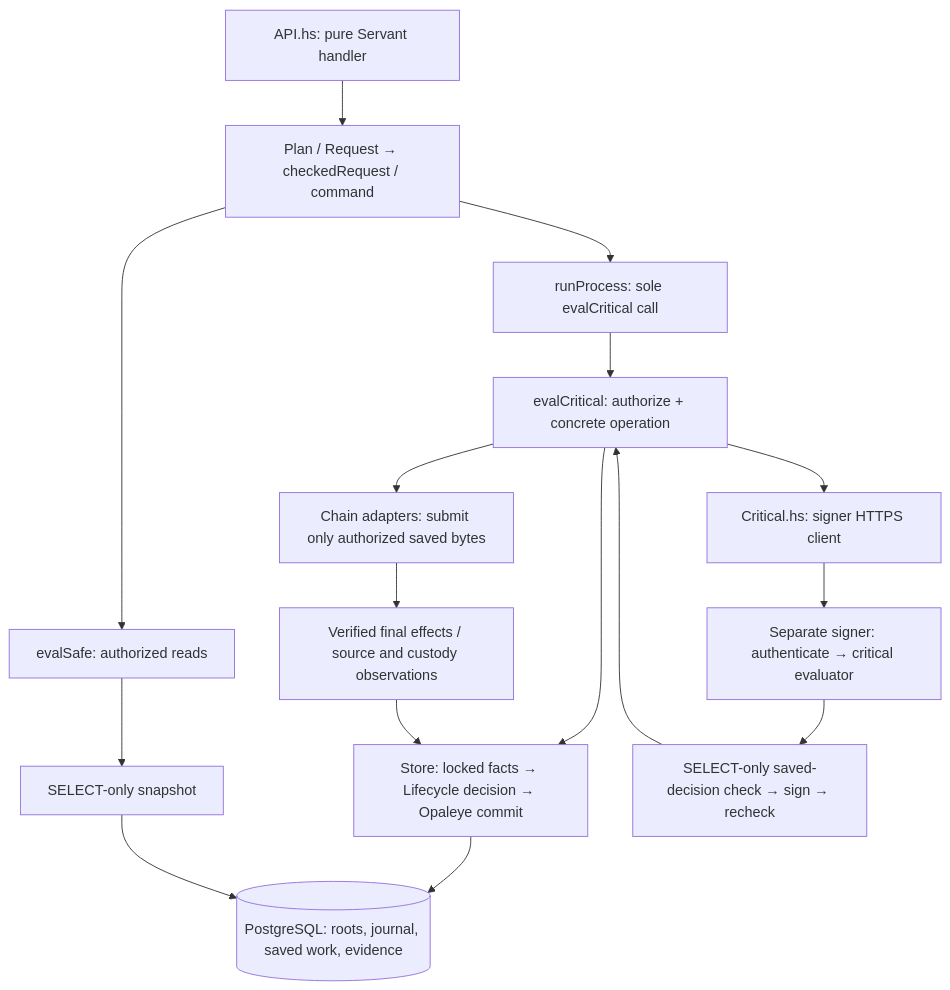
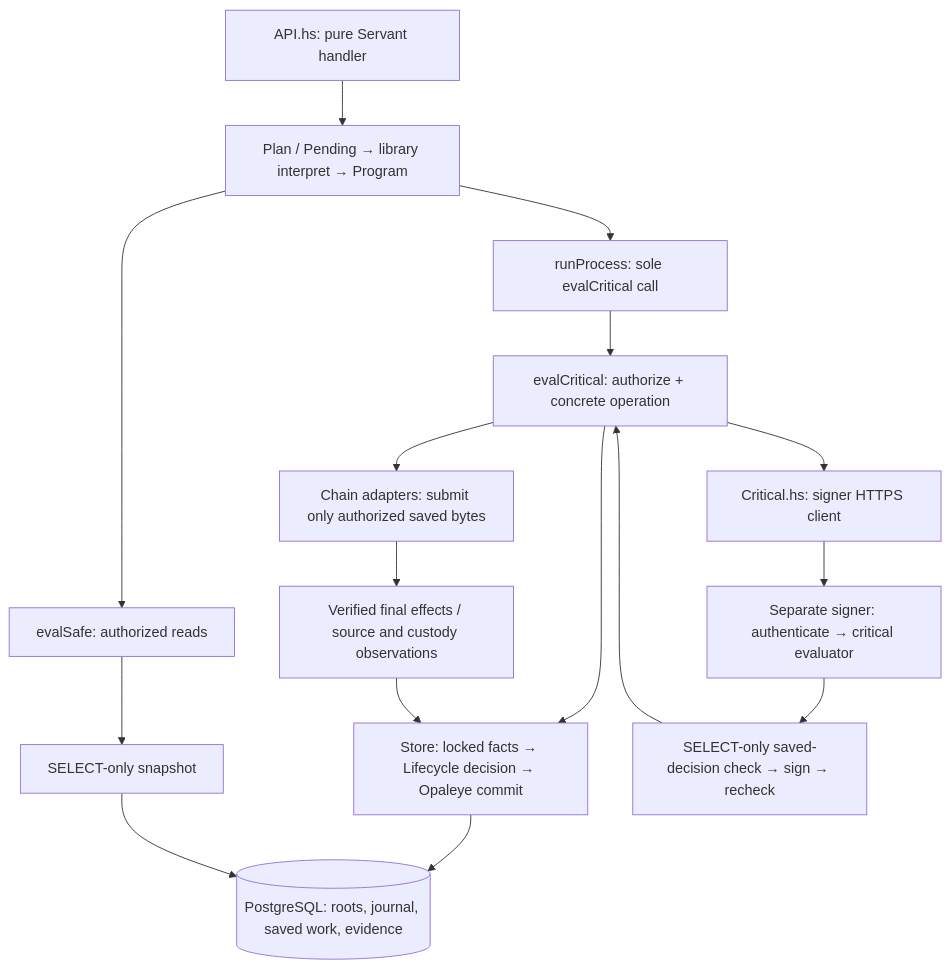
One commit to freewillydev/ecx-solana-bridge changed the diagram in 2-Wrap-Unwrap-Server/docs/ARCHITECTURE.md. Above: the diagram before and after it, drawn with Mermaid. The commit also changed other lines of this file and 14 other files, not shown here.

````diff
--- a/2-Wrap-Unwrap-Server/docs/ARCHITECTURE.md
+++ b/2-Wrap-Unwrap-Server/docs/ARCHITECTURE.md
@@ -22,18 +22,18 @@
 ```mermaid
 flowchart TD
-  API["API.hs: pure Servant handler"] --> Request["Plan / Request → checkedRequest / command"]
+  API["API.hs: pure Servant handler"] --> Request["Plan / Pending → library interpret → Program"]
   Request --> Safe["evalSafe: authorized reads"]
   Request --> Dispatch["runProcess: sole evalCritical call"]
   Dispatch --> Critical["evalCritical: authorize + concrete operation"]
   Critical --> Store["Store: locked facts → Lifecycle decision → Opaleye commit"]
   Safe --> Reader["SELECT-only snapshot"]
   Store --> DB[("PostgreSQL: roots, journal, saved work, evidence")]
   Reader --> DB
   Critical --> Client["Critical.hs: signer HTTPS client"]
   Client --> Signer["Separate signer: authenticate → critical evaluator"]
   Signer --> Check["SELECT-only saved-decision check → sign → recheck"]
   Check --> Critical
   Critical --> Chains["Chain adapters: submit only authorized saved bytes"]
   Chains --> Observe["Verified final effects / source and custody observations"]
   Observe --> Store
 ```
````
